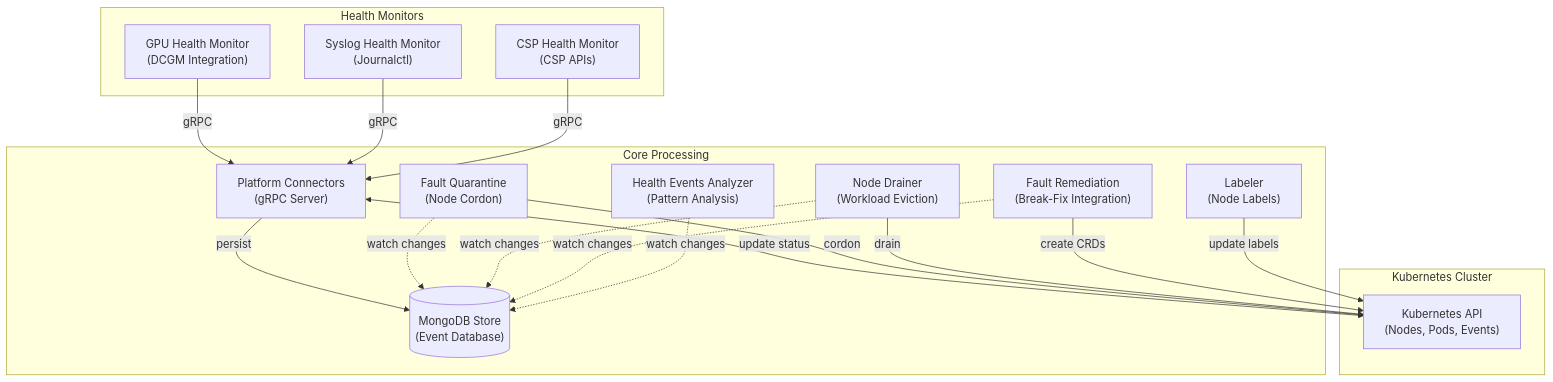
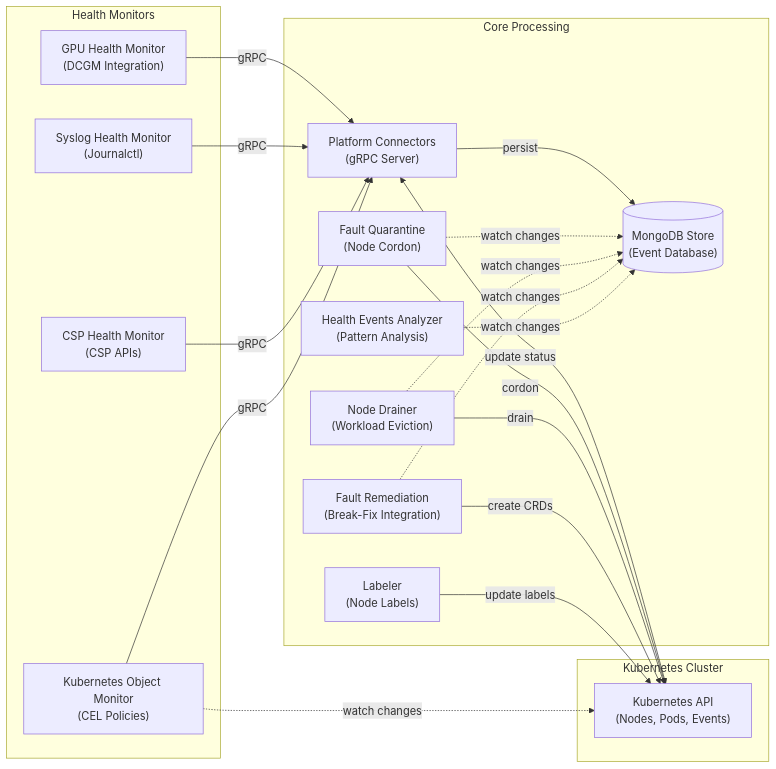
The diagram in README.md (rupalis-nv/NVSentinel), drawn with Mermaid before and after one commit. The commit also changed other lines of this file and 2 other files, not shown here.

Commit message:
docs: Add kubernetes object monitor in arch diagram and change its layout (#543)

````diff
--- a/README.md
+++ b/README.md
@@ -120,42 +120,46 @@
 ```mermaid
-graph TB
+graph LR
     subgraph "Health Monitors"
         GPU["GPU Health Monitor<br/>(DCGM Integration)"]
         SYS["Syslog Health Monitor<br/>(Journalctl)"]
         CSP["CSP Health Monitor<br/>(CSP APIs)"]
+        K8SOM["Kubernetes Object Monitor<br/>(CEL Policies)"]
     end
     
     subgraph "Core Processing"
         PC["Platform Connectors<br/>(gRPC Server)"]
         STORE[("MongoDB Store<br/>(Event Database)")]
         FQ["Fault Quarantine<br/>(Node Cordon)"]
         ND["Node Drainer<br/>(Workload Eviction)"]
         FR["Fault Remediation<br/>(Break-Fix Integration)"]
         HEA["Health Events Analyzer<br/>(Pattern Analysis)"]
         LBL["Labeler<br/>(Node Labels)"]
     end
     
     subgraph "Kubernetes Cluster"
         K8S["Kubernetes API<br/>(Nodes, Pods, Events)"]
     end
     
     GPU -->|gRPC| PC
     SYS -->|gRPC| PC
     CSP -->|gRPC| PC
-    
+    K8SOM -->|gRPC| PC
+
     PC -->|persist| STORE
     PC <-->|update status| K8S
     
     FQ -.->|watch changes| STORE
     FQ -->|cordon| K8S
     
     ND -.->|watch changes| STORE
     ND -->|drain| K8S
     
     FR -.->|watch changes| STORE
     FR -->|create CRDs| K8S
     
     HEA -.->|watch changes| STORE
     
     LBL -->|update labels| K8S
+
+    K8SOM -.->|watch changes| K8S
 ```
````
